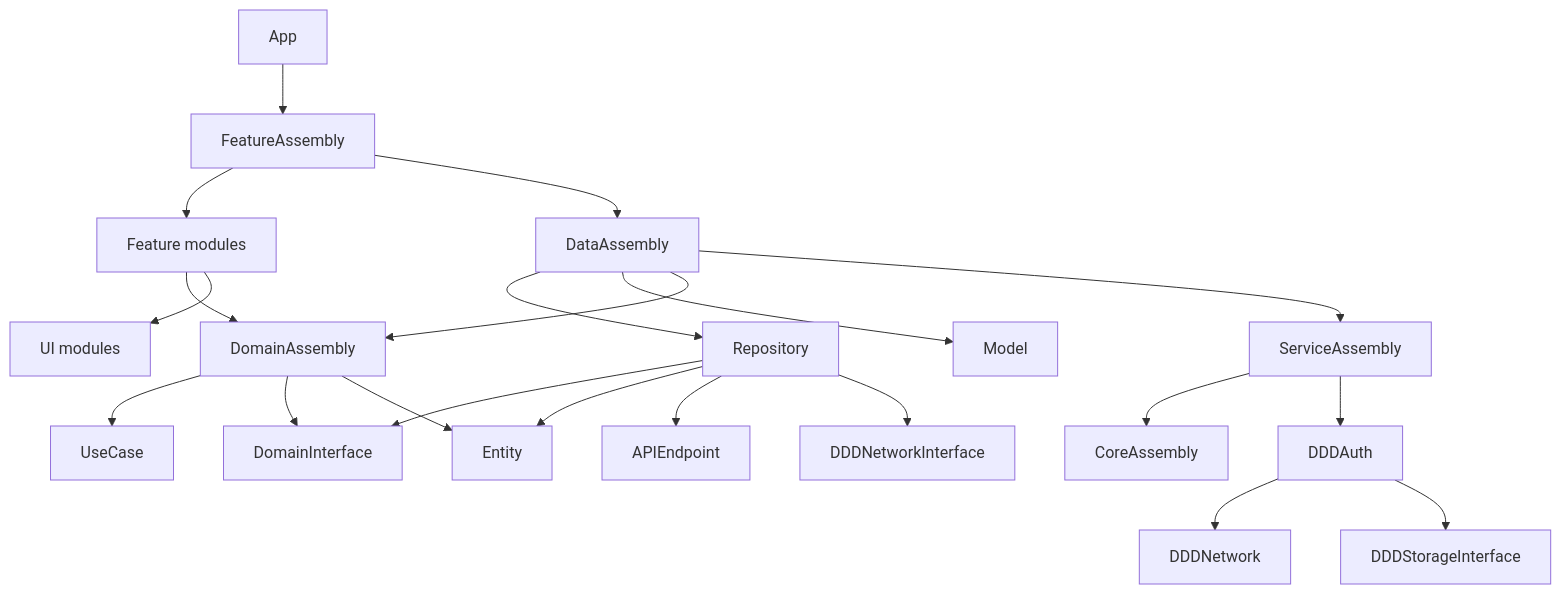
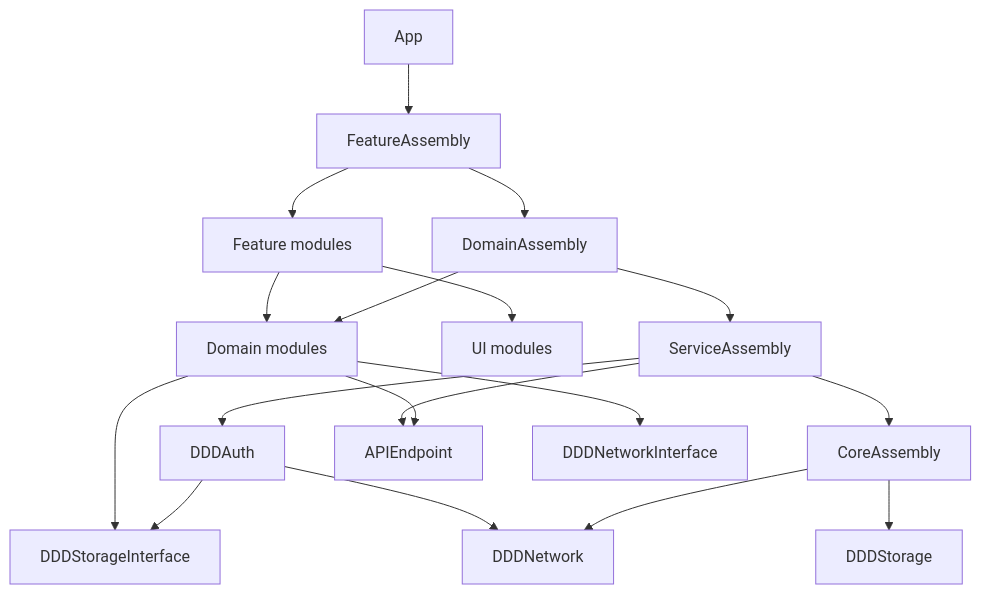
Before and after one commit to DDD-Community/Attendance_iOS: the diagram in README.md, drawn with Mermaid. The commit also changed other lines of this file, not shown here.

```diff
--- a/README.md
+++ b/README.md
@@ -94,28 +94,26 @@
 ~~~mermaid
 flowchart TD
     App --> FeatureAssembly
     FeatureAssembly --> Features[Feature modules]
-    FeatureAssembly --> DataAssembly
+    FeatureAssembly --> DomainAssembly
 
-    Features --> DomainAssembly
+    Features --> Domains[Domain modules]
     Features --> UI[UI modules]
 
-    DataAssembly --> Repository
-    DataAssembly --> Model
-    DataAssembly --> DomainAssembly
-    DataAssembly --> ServiceAssembly
-
-    Repository --> DomainInterface
-    Repository --> Entity
-    Repository --> APIEndpoint
-    Repository --> NetworkInterface[DDDNetworkInterface]
-
-    DomainAssembly --> UseCase
-    DomainAssembly --> DomainInterface
-    DomainAssembly --> Entity
+    DomainAssembly --> Domains
+    DomainAssembly --> ServiceAssembly
 
     ServiceAssembly --> CoreAssembly
     ServiceAssembly --> DDDAuth
+    ServiceAssembly --> APIEndpoint
+
+    Domains --> APIEndpoint
+    Domains --> NetworkInterface[DDDNetworkInterface]
+    Domains --> StorageInterface[DDDStorageInterface]
+
     DDDAuth --> DDDNetwork
-    DDDAuth --> StorageInterface[DDDStorageInterface]
+    DDDAuth --> StorageInterface
+
+    CoreAssembly --> DDDNetwork
+    CoreAssembly --> DDDStorage
 ~~~
```
